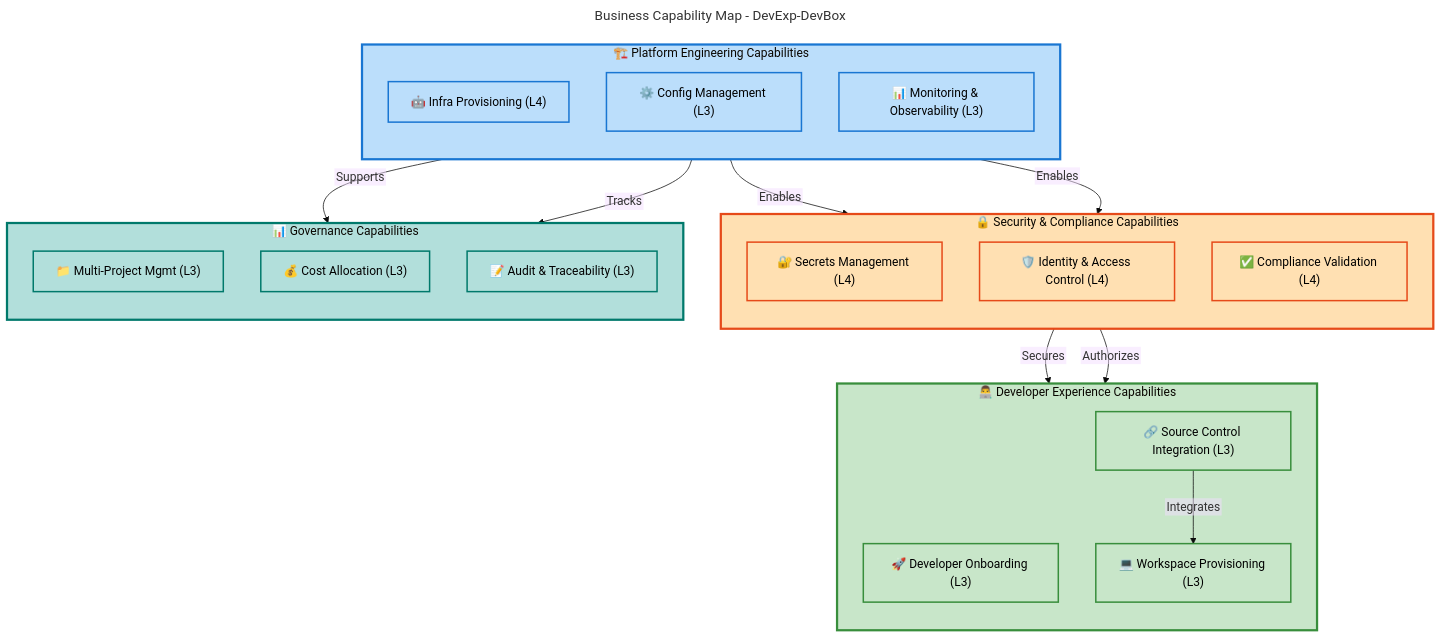
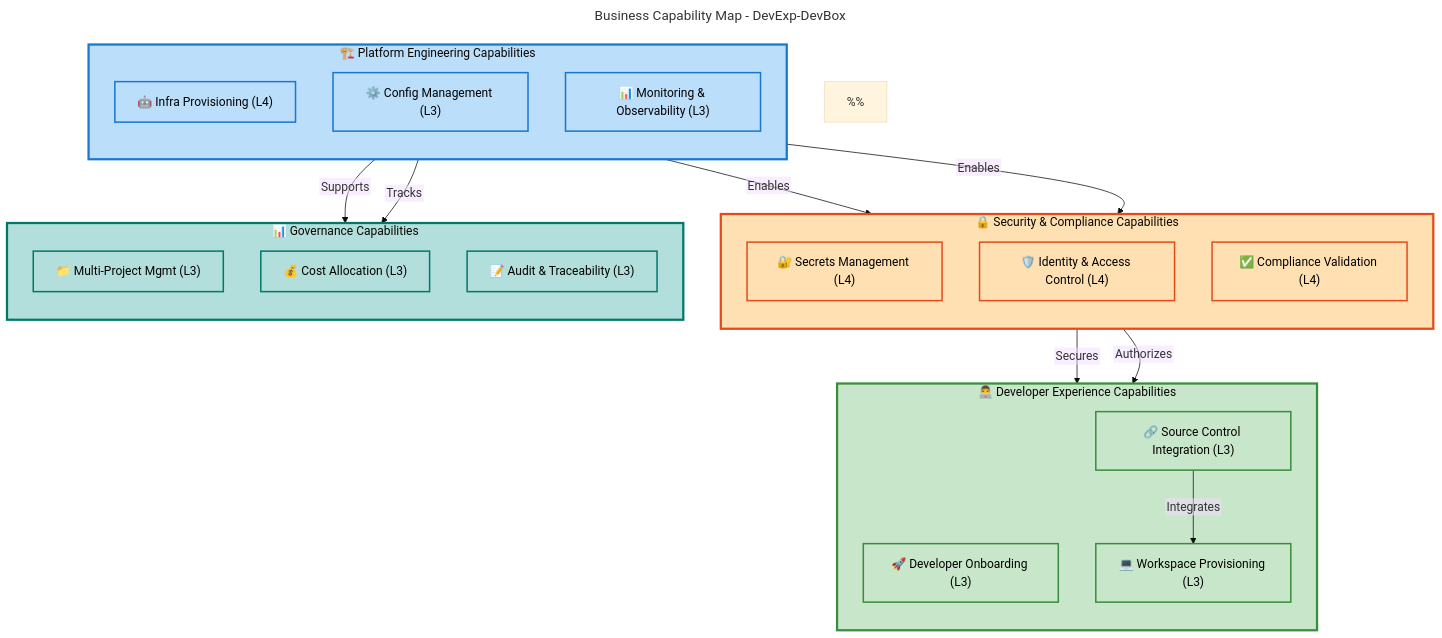
Before and after one commit to Evilazaro/DevExp-DevBox: the second of 5 diagrams in docs/Business-Architecture-BDAT.md, drawn with Mermaid. The commit also changed other lines of this file, not shown here.

Commit message:
Enhance Business Architecture Document with detailed diagram structures and color rationales for improved clarity and understanding of strategic objectives and capabilities

````diff
--- a/docs/Business-Architecture-BDAT.md
+++ b/docs/Business-Architecture-BDAT.md
@@ -309,66 +326,78 @@
 ```mermaid
 ---
 title: Business Capability Map - DevExp-DevBox
 config:
   theme: base
   flowchart:
     htmlLabels: false
 ---
 flowchart TB
     accTitle: Business Capability Map showing hierarchical capabilities
     accDescr: Structured view of core business capabilities organized by functional domain
+
+    %% DIAGRAM STRUCTURE:
+    %% - 4 functional domains (siblings): Platform, Security, Developer, Governance
+    %% - Each domain contains 3 related capabilities
+    %% - Cross-domain dependencies shown via labeled edges
+    %%
+    %% COLOR RATIONALE:
+    %% - Using SEMANTIC colors for functional siblings (MRM-C001)
+    %% - Platform = Blue (infrastructure)
+    %% - Security = Orange (compliance/safety)
+    %% - Developer = Green (growth/productivity)
+    %% - Governance = Teal (control/oversight)
 
     %% STANDARD COLOR SCHEME v2.1 - Material Design 3
     %% Hierarchical Colors (Structural Nesting)
     classDef level1Group fill:#E8EAF6,stroke:#3F51B5,stroke-width:3px,color:#000
     classDef level2Group fill:#C5CAE9,stroke:#3F51B5,stroke-width:2px,color:#000
 
     %% Semantic Colors (Functional Content - 100-level shades)
     classDef mdBlue fill:#BBDEFB,stroke:#1976D2,stroke-width:2px,color:#000
     classDef mdGreen fill:#C8E6C9,stroke:#388E3C,stroke-width:2px,color:#000
     classDef mdOrange fill:#FFE0B2,stroke:#E64A19,stroke-width:2px,color:#000
     classDef mdTeal fill:#B2DFDB,stroke:#00796B,stroke-width:2px,color:#000
 
     subgraph platform["🏗️ Platform Engineering Capabilities"]
         direction TB
         infra["🤖 Infra Provisioning (L4)"]:::mdBlue
         config["⚙️ Config Management (L3)"]:::mdBlue
         monitor["📊 Monitoring & Observability (L3)"]:::mdBlue
     end
 
     subgraph security["🔒 Security & Compliance Capabilities"]
         direction TB
         secrets["🔐 Secrets Management (L4)"]:::mdOrange
         rbac["🛡️ Identity & Access Control (L4)"]:::mdOrange
         compliance["✅ Compliance Validation (L4)"]:::mdOrange
     end
 
     subgraph developer["👨‍💻 Developer Experience Capabilities"]
         direction TB
         onboard["🚀 Developer Onboarding (L3)"]:::mdGreen
         source["🔗 Source Control Integration (L3)"]:::mdGreen
         workspace["💻 Workspace Provisioning (L3)"]:::mdGreen
     end
 
     subgraph governance["📊 Governance Capabilities"]
         direction TB
         multi["📁 Multi-Project Mgmt (L3)"]:::mdTeal
         cost["💰 Cost Allocation (L3)"]:::mdTeal
         audit["📝 Audit & Traceability (L3)"]:::mdTeal
     end
 
     infra -->|"Enables"| secrets
     infra -->|"Enables"| rbac
     config -->|"Supports"| multi
     secrets -->|"Secures"| onboard
     rbac -->|"Authorizes"| workspace
     monitor -->|"Tracks"| audit
     source -->|"Integrates"| workspace
 
     style platform fill:#BBDEFB,stroke:#1976D2,stroke-width:3px
     style security fill:#FFE0B2,stroke:#E64A19,stroke-width:3px
     style developer fill:#C8E6C9,stroke:#388E3C,stroke-width:3px
     style governance fill:#B2DFDB,stroke:#00796B,stroke-width:3px
 
     %% Accessibility: WCAG AA verified (4.5:1 contrast ratio)
 ```
````
